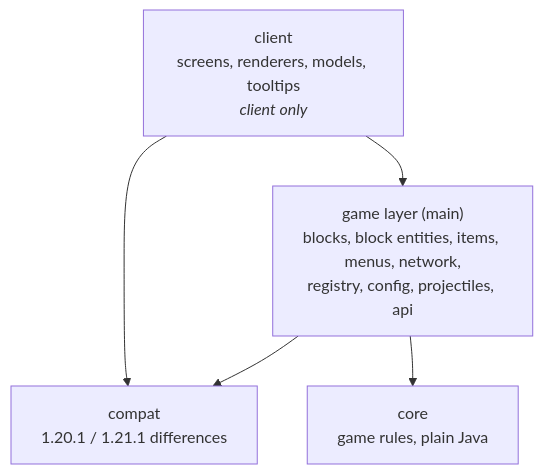
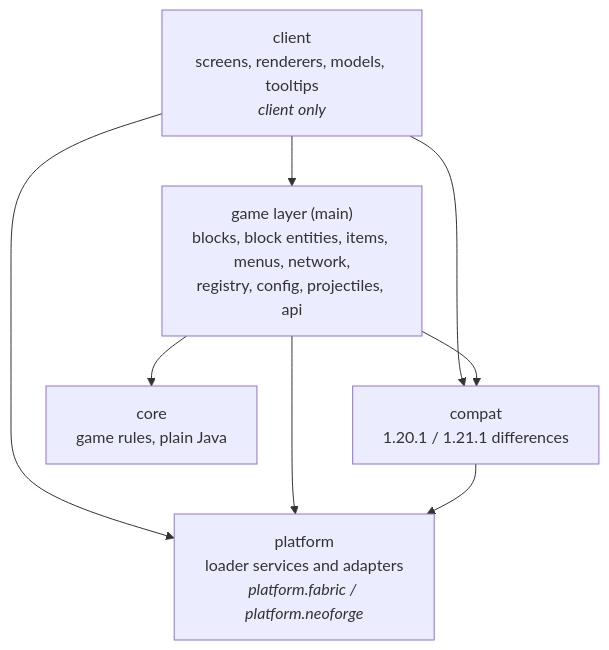
The diagram in docs/architecture.md (OpenModularTurretsTeam/OpenModularTurrets), drawn with Mermaid before and after one commit. The commit also changed other lines of this file, not shown here.

First line of the commit message:
docs: architecture guide for both loaders

````diff
--- a/docs/architecture.md
+++ b/docs/architecture.md
@@ -18,11 +19,15 @@
 ```mermaid
 flowchart TB
     client["client<br/>screens, renderers, models, tooltips<br/><i>client only</i>"]
     game["game layer (main)<br/>blocks, block entities, items, menus, network,<br/>registry, config, projectiles, api"]
     compat["compat<br/>1.20.1 / 1.21.1 differences"]
+    platform["platform<br/>loader services and adapters<br/><i>platform.fabric / platform.neoforge</i>"]
     core["core<br/>game rules, plain Java"]
     client --> game
     client --> compat
+    client --> platform
     game --> compat
+    game --> platform
+    compat --> platform
     game --> core
 ```
````
